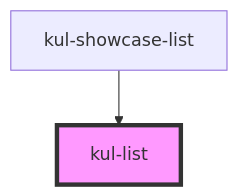
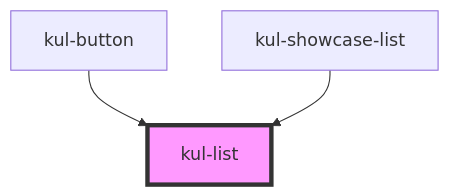
Before and after one commit to smeup/ketchup: the diagram in packages/ketchup-lite/src/components/kul-list/readme.md, drawn with Mermaid. The commit also changed other lines of this file and 18 other files, not shown here.

````diff
--- a/packages/ketchup-lite/src/components/kul-list/readme.md
+++ b/packages/ketchup-lite/src/components/kul-list/readme.md
@@ -136,5 +137,6 @@
 ```mermaid
 graph TD;
+  kul-button --> kul-list
   kul-showcase-list --> kul-list
   style kul-list fill:#f9f,stroke:#333,stroke-width:4px
 ```
````
